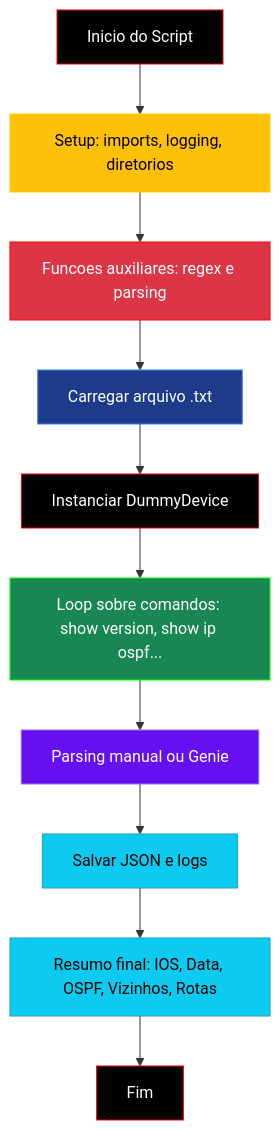
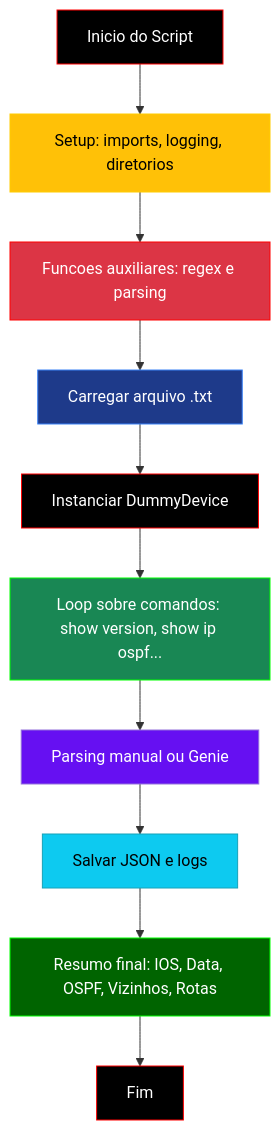
One commit to alcancil/Cisco changed the third of 3 diagrams in CCNP 350-401 ENCOR/06 - Automation/20- Python - 14 - Parsing  Automatico - II/README.md. Above: the diagram before and after it, drawn with Mermaid.

Commit message:
Adicionado a pasta 20- Python - 14 - Parsing  Automatico - II

````diff
--- a/CCNP 350-401 ENCOR/06 - Automation/20- Python - 14 - Parsing  Automatico - II/README.md
+++ b/CCNP 350-401 ENCOR/06 - Automation/20- Python - 14 - Parsing  Automatico - II/README.md
@@ -708,25 +708,26 @@
 ```mermaid
 flowchart TD
     A[Inicio do Script] --> B[Setup: imports, logging, diretorios]
     B --> C[Funcoes auxiliares: regex e parsing]
     C --> D[Carregar arquivo .txt]
     D --> E[Instanciar DummyDevice]
     E --> F[Loop sobre comandos: show version, show ip ospf...]
     F --> G[Parsing manual ou Genie]
     G --> H[Salvar JSON e logs]
     H --> I[Resumo final: IOS, Data, OSPF, Vizinhos, Rotas]
     I --> J[Fim]
 
 style A fill:#006400,stroke:#00ff00,color:#ffffff 
 style A fill:#000000,stroke:#ff0000,color:#ffffff
 style B fill:#ffc107,stroke:#ffcc00,color:#000000
 style C fill:#dc3545,stroke:#ff0000,color:#ffffff
 style D fill:#1e3a8a,stroke:#3b82f6,color:#ffffff
 style E fill:#000000,stroke:#ff0000,color:#ffffff
 style F fill:#198754,stroke:#00ff00,color:#ffffff
 style G fill:#6610f2,stroke:#9370DB,color:#ffffff
 style H fill:#0dcaf0,stroke:#17a2b8,color:#000000
 style I fill:#0dcaf0,stroke:#17a2b8,color:#000000
+style I fill:#006400,stroke:#00ff00,color:#ffffff
 style J fill:#0dcaf0,stroke:#17a2b8,color:#000000
 style J fill:#000000,stroke:#ff0000,color:#ffffff
 ```
````
